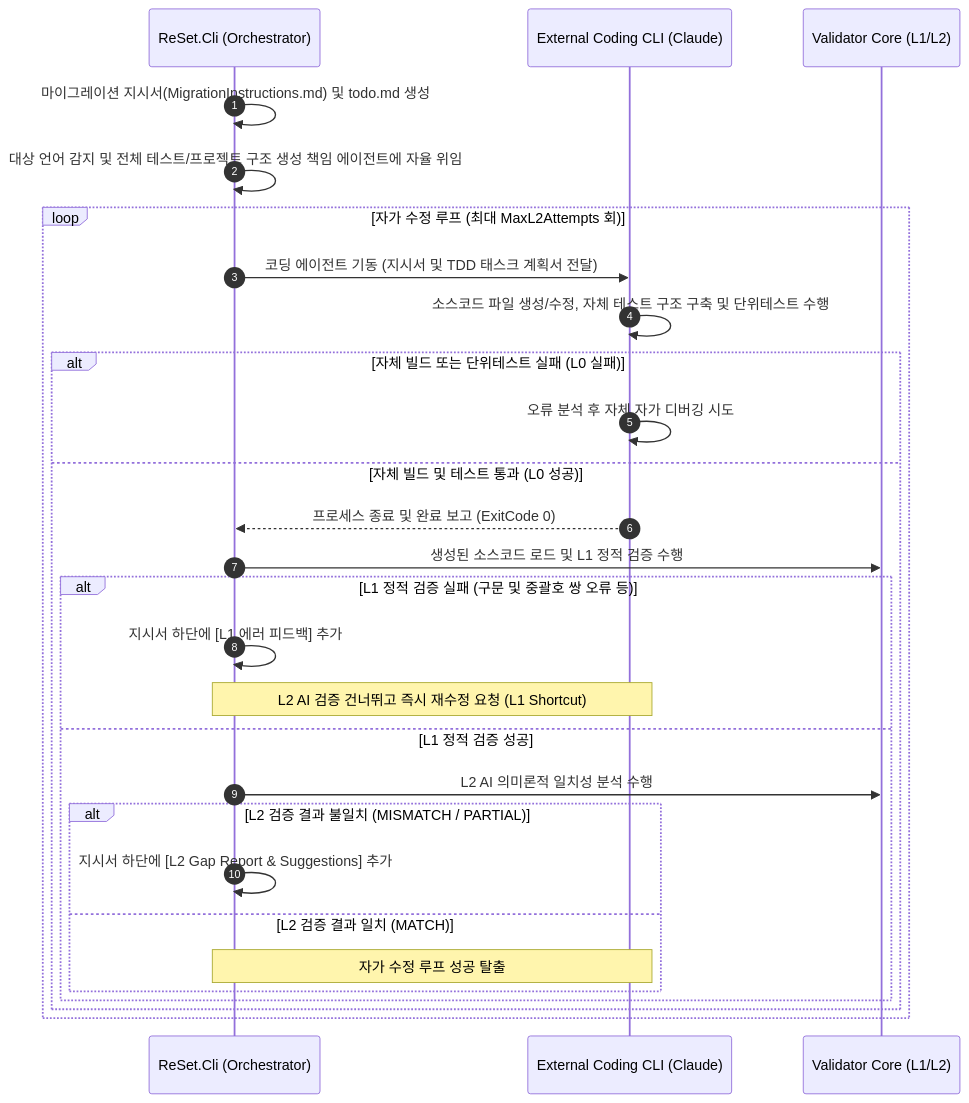
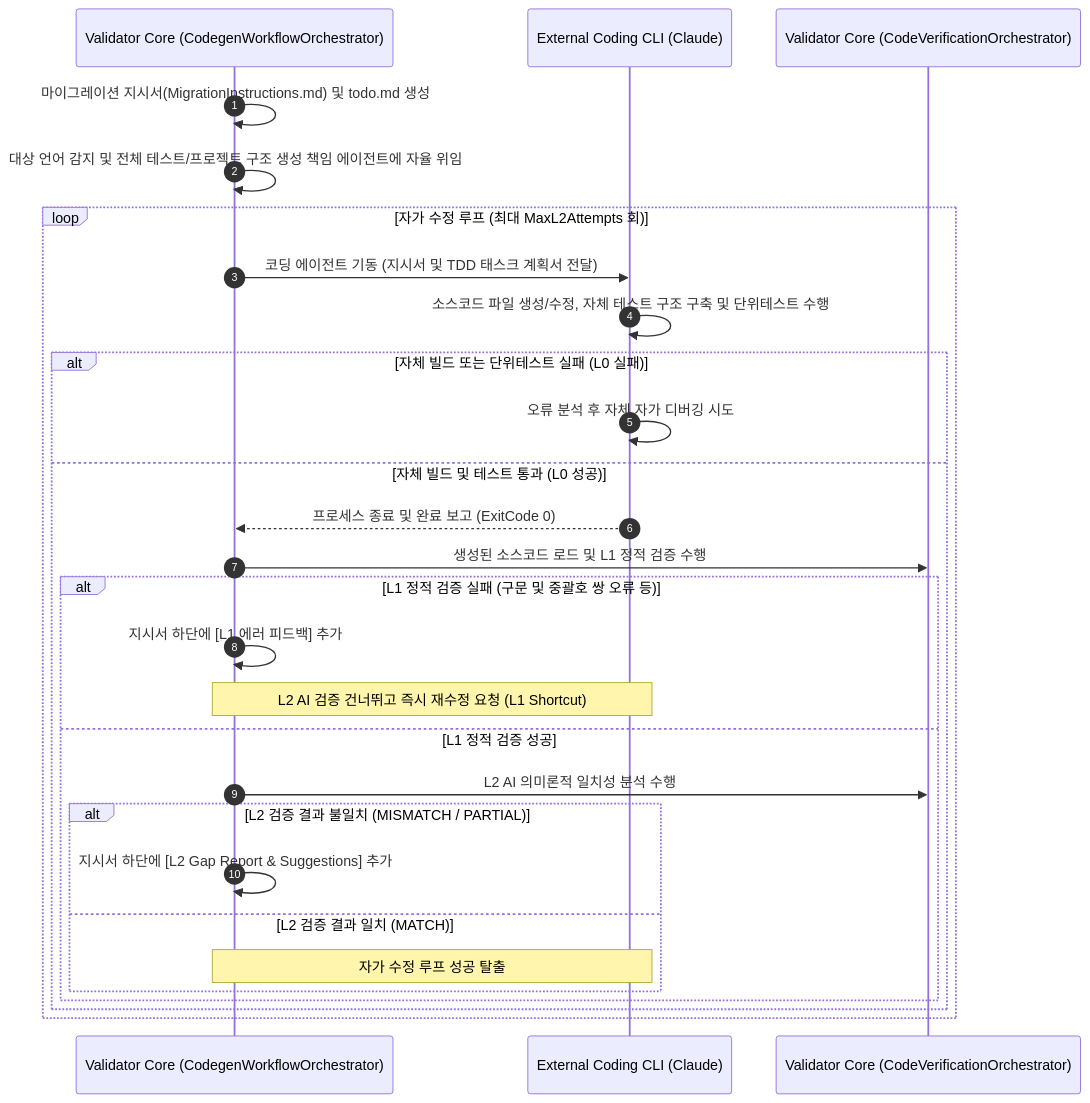
The third of 7 diagrams in docs/architecture.md (moondae815/ReSet), drawn with Mermaid before and after one commit. The commit also changed other lines of this file and 12 other files, not shown here.

Commit message:
refactor(validator): extract self-correction loop to CodegenWorkflowOrchestrator and remove single SP validation

````diff
--- a/docs/architecture.md
+++ b/docs/architecture.md
@@ -150,31 +151,31 @@
 ```mermaid
 sequenceDiagram
     autonumber
-    participant RC as ReSet.Cli (Orchestrator)
+    participant RC as Validator Core (CodegenWorkflowOrchestrator)
     participant ECE as External Coding CLI (Claude)
-    participant VAL as Validator Core (L1/L2)
+    participant VAL as Validator Core (CodeVerificationOrchestrator)
 
     RC->>RC: 마이그레이션 지시서(MigrationInstructions.md) 및 todo.md 생성
     RC->>RC: 대상 언어 감지 및 전체 테스트/프로젝트 구조 생성 책임 에이전트에 자율 위임
     loop 자가 수정 루프 (최대 MaxL2Attempts 회)
         RC->>ECE: 코딩 에이전트 기동 (지시서 및 TDD 태스크 계획서 전달)
         ECE->>ECE: 소스코드 파일 생성/수정, 자체 테스트 구조 구축 및 단위테스트 수행
         alt 자체 빌드 또는 단위테스트 실패 (L0 실패)
             ECE->>ECE: 오류 분석 후 자체 자가 디버깅 시도
         else 자체 빌드 및 테스트 통과 (L0 성공)
             ECE-->>RC: 프로세스 종료 및 완료 보고 (ExitCode 0)
             RC->>VAL: 생성된 소스코드 로드 및 L1 정적 검증 수행
             alt L1 정적 검증 실패 (구문 및 중괄호 쌍 오류 등)
                 RC->>RC: 지시서 하단에 [L1 에러 피드백] 추가
                 Note over RC,ECE: L2 AI 검증 건너뛰고 즉시 재수정 요청 (L1 Shortcut)
             else L1 정적 검증 성공
                 RC->>VAL: L2 AI 의미론적 일치성 분석 수행
                 alt L2 검증 결과 불일치 (MISMATCH / PARTIAL)
                     RC->>RC: 지시서 하단에 [L2 Gap Report & Suggestions] 추가
                 else L2 검증 결과 일치 (MATCH)
                     Note over RC,ECE: 자가 수정 루프 성공 탈출
                 end
             end
         end
     end
 ```
````
